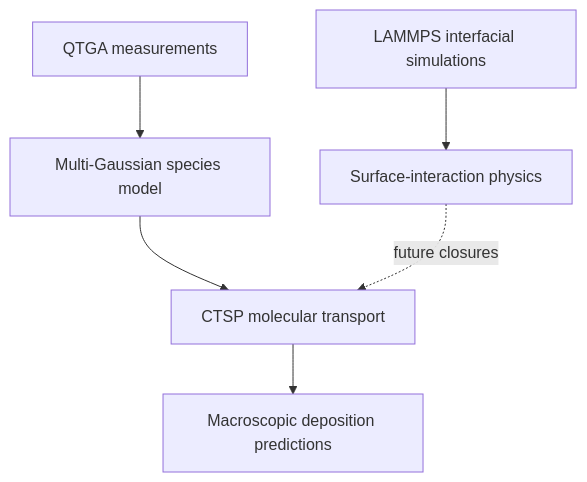
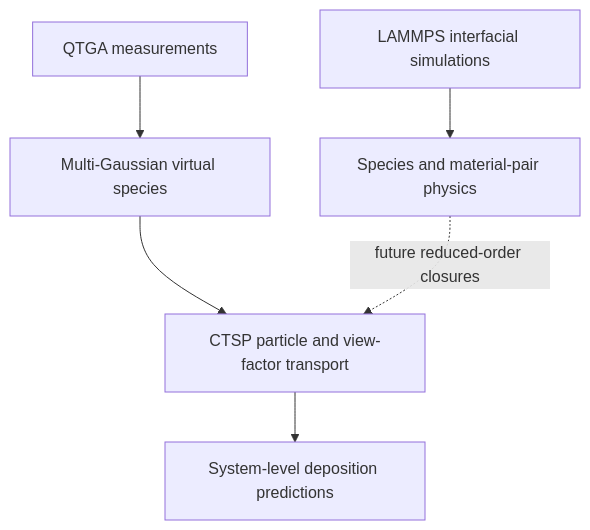
Before and after one commit to JacobMeyerrr/spacecraft-cont-modeling-and-simulation: the diagram in README.md, drawn with Mermaid. The commit also changed other lines of this file and 10 other files, not shown here.

````diff
--- a/README.md
+++ b/README.md
@@ -50,8 +47,8 @@
 ```mermaid
 flowchart TD
-    A["QTGA measurements"] --> B["Multi-Gaussian species model"]
-    B --> C["CTSP molecular transport"]
-    C --> D["Macroscopic deposition predictions"]
-    E["LAMMPS interfacial simulations"] --> F["Surface-interaction physics"]
-    F -. "future closures" .-> C
+    A["QTGA measurements"] --> B["Multi-Gaussian virtual species"]
+    B --> C["CTSP particle and view-factor transport"]
+    C --> D["System-level deposition predictions"]
+    E["LAMMPS interfacial simulations"] --> F["Species and material-pair physics"]
+    F -. "future reduced-order closures" .-> C
 ```
````
